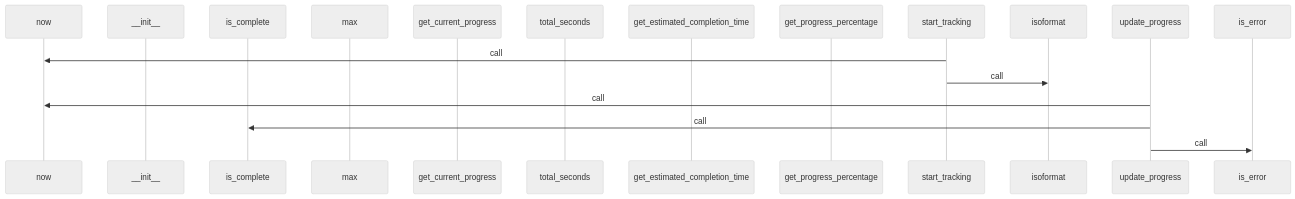
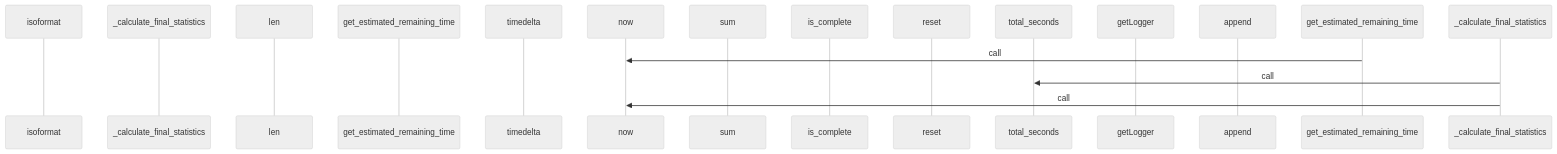
Before and after one commit to yeonjae-personal/codemuse-backend: the third of 4 diagrams in generated_docs/rule_analyzer/streaming/utils/progress_tracker.md, drawn with Mermaid (neutral theme). The commit also changed other lines of this file and 3991 other files, not shown here.

First line of the commit message:
feat: 워크플로우 개선 및 핵심 문서 자동 생성 구현

````diff
--- a/generated_docs/rule_analyzer/streaming/utils/progress_tracker.md
+++ b/generated_docs/rule_analyzer/streaming/utils/progress_tracker.md
@@ -246,20 +246,18 @@
 ```mermaid
 sequenceDiagram
+  participant isoformat as isoformat
+  participant _calculate_final_statist as _calculate_final_statistics
+  participant len as len
+  participant get_estimated_remaining_ as get_estimated_remaining_time
+  participant timedelta as timedelta
   participant now as now
-  participant __init__ as __init__
+  participant sum as sum
   participant is_complete as is_complete
-  participant max as max
-  participant get_current_progress as get_current_progress
+  participant reset as reset
   participant total_seconds as total_seconds
-  participant get_estimated_completion as get_estimated_completion_time
-  participant get_progress_percentage as get_progress_percentage
-  participant start_tracking as start_tracking
-  participant isoformat as isoformat
-  participant update_progress as update_progress
-  participant is_error as is_error
-  start_tracking->>now: call
-  start_tracking->>isoformat: call
-  update_progress->>now: call
-  update_progress->>is_complete: call
-  update_progress->>is_error: call
+  participant getLogger as getLogger
+  participant append as append
+  get_estimated_remaining_time->>now: call
+  _calculate_final_statistics->>total_seconds: call
+  _calculate_final_statistics->>now: call
 ```
````
